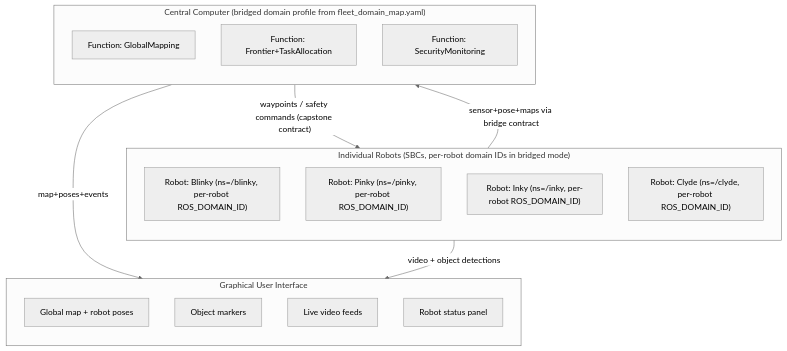
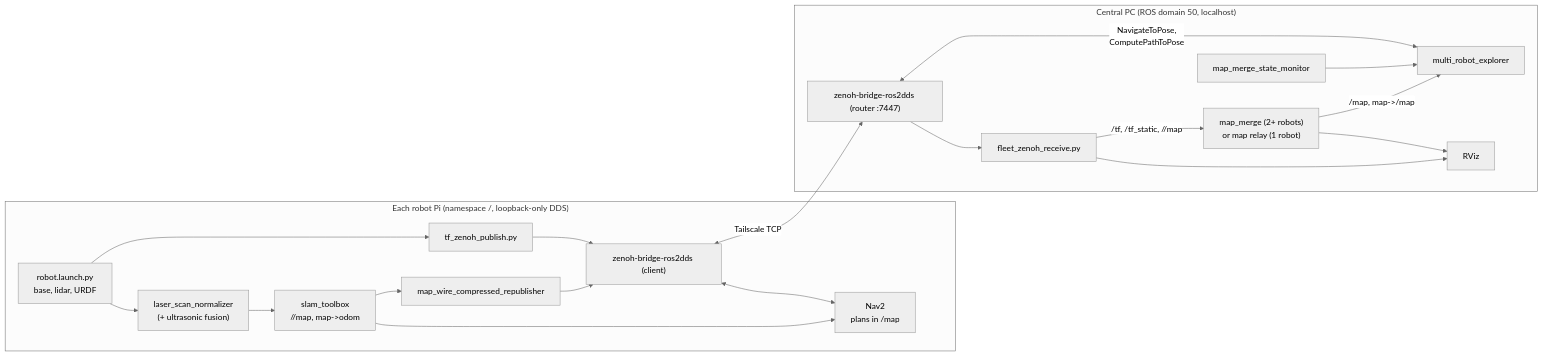
Before and after one commit to SleepyFinale/ans-central-computer: the diagram in docs/architecture.md, drawn with Mermaid (neutral theme). The commit also changed other lines of this file and 14 other files, not shown here.

First line of the commit message:
Refactor README.md and scripts for improved multi-robot exploration setup

````diff
--- a/docs/architecture.md
+++ b/docs/architecture.md
@@ -51,30 +7,32 @@
 ```mermaid
-flowchart TB
-  subgraph Robots["Individual Robots (SBCs, per-robot domain IDs in bridged mode)"]
-    direction TB
-    r1["Robot: Blinky (ns=/blinky, per-robot ROS_DOMAIN_ID)"]
-    r2["Robot: Pinky (ns=/pinky, per-robot ROS_DOMAIN_ID)"]
-    r3["Robot: Inky (ns=/inky, per-robot ROS_DOMAIN_ID)"]
-    r4["Robot: Clyde (ns=/clyde, per-robot ROS_DOMAIN_ID)"]
+flowchart LR
+  subgraph robot ["Each robot Pi (namespace /<robot>, loopback-only DDS)"]
+    bring["robot.launch.py<br/>base, lidar, URDF"]
+    norm["laser_scan_normalizer<br/>(+ ultrasonic fusion)"]
+    slam["slam_toolbox<br/>/<robot>/map, map->odom"]
+    nav2["Nav2<br/>plans in <robot>/map"]
+    wire["map_wire_compressed_republisher"]
+    tfz["tf_zenoh_publish.py"]
+    zr["zenoh-bridge-ros2dds (client)"]
+    bring --> norm --> slam --> nav2
+    slam --> wire --> zr
+    bring --> tfz --> zr
+    zr <--> nav2
   end
-
-  subgraph Central["Central Computer (bridged domain profile from fleet_domain_map.yaml)"]
-    direction TB
-    centralMapping["Function: GlobalMapping"]
-    centralTasking["Function: Frontier+TaskAllocation"]
-    centralSecurity["Function: SecurityMonitoring"]
+  subgraph central ["Central PC (ROS domain 50, localhost)"]
+    zc["zenoh-bridge-ros2dds (router :7447)"]
+    rx["fleet_zenoh_receive.py"]
+    mm["map_merge (2+ robots)<br/>or map relay (1 robot)"]
+    mon["map_merge_state_monitor"]
+    ex["multi_robot_explorer"]
+    rv["RViz"]
+    zc --> rx
+    rx -->|"/tf, /tf_static, /<robot>/map"| mm
+    mm -->|"/map, map-><robot>/map"| ex
+    mon --> ex
+    ex <-->|"NavigateToPose,<br/>ComputePathToPose"| zc
+    rx --> rv
+    mm --> rv
   end
-
-  subgraph GUI["Graphical User Interface"]
-    direction TB
-    guiMap["Global map + robot poses"]
-    guiObjects["Object markers"]
-    guiVideo["Live video feeds"]
-    guiStatus["Robot status panel"]
-  end
-
-  Robots -->|"sensor+pose+maps via bridge contract"| Central
-  Central -->|"waypoints / safety commands (capstone contract)"| Robots
-  Central -->|"map+poses+events"| GUI
-  Robots -->|"video + object detections"| GUI
+  zr <-->|"Tailscale TCP"| zc
 ```
````
